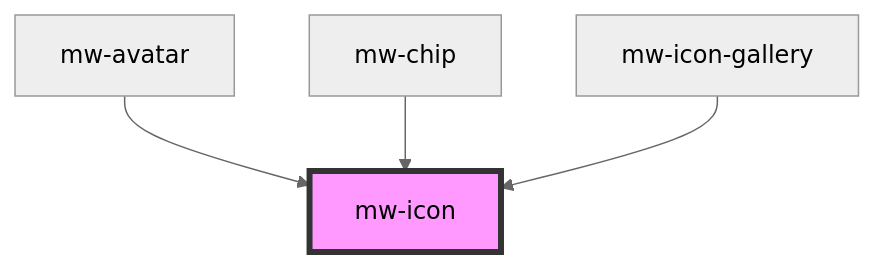
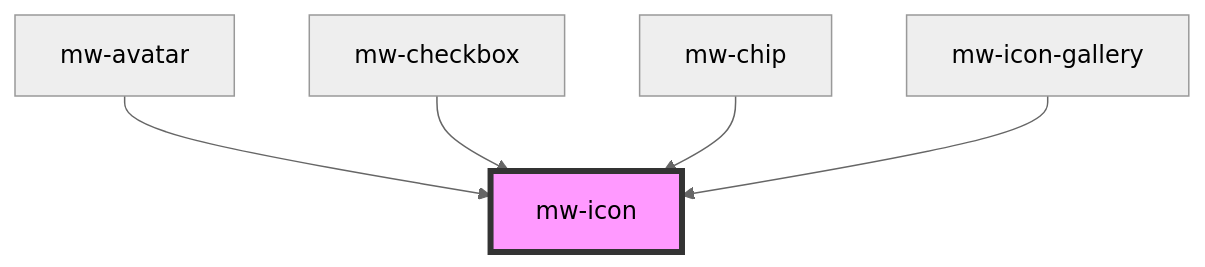
Before and after one commit to MaibornWolff/mwui: the diagram in tlm-stencil/src/components/mw-icon/readme.md, drawn with Mermaid (neutral theme). The commit also changed other lines of this file and 26 other files, not shown here.

````diff
--- a/tlm-stencil/src/components/mw-icon/readme.md
+++ b/tlm-stencil/src/components/mw-icon/readme.md
@@ -27,7 +28,8 @@
 ```mermaid
 graph TD;
   mw-avatar --> mw-icon
+  mw-checkbox --> mw-icon
   mw-chip --> mw-icon
   mw-icon-gallery --> mw-icon
   style mw-icon fill:#f9f,stroke:#333,stroke-width:4px
 ```
````
